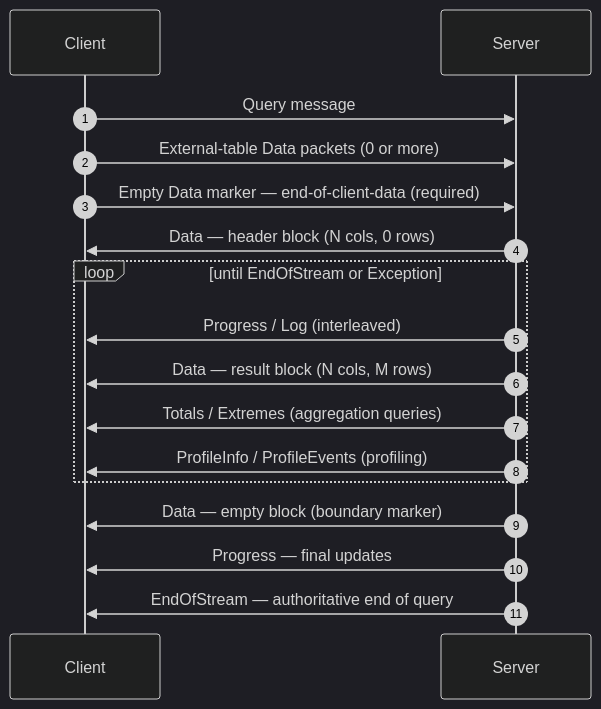
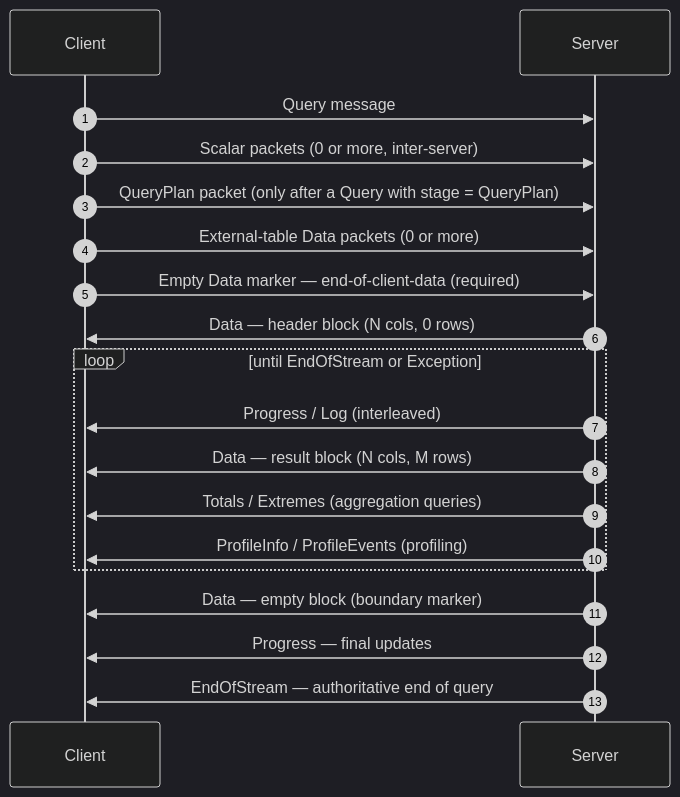
The fifth of 7 diagrams in docs/resources/develop-contribute/native-protocol/protocol.mdx (coderabbit-demo/clickhouse-demo), drawn with Mermaid (dark theme) before and after one commit. The commit also changed other lines of this file and 20674 other files, not shown here.

````diff
--- a/docs/resources/develop-contribute/native-protocol/protocol.mdx
+++ b/docs/resources/develop-contribute/native-protocol/protocol.mdx
@@ -323,20 +351,22 @@
 ```mermaid
 sequenceDiagram
     autonumber
     participant C as Client
     participant S as Server
 
     C->>S: Query message
+    C->>S: Scalar packets (0 or more, inter-server)
+    C->>S: QueryPlan packet (only after a Query with stage = QueryPlan)
     C->>S: External-table Data packets (0 or more)
     C->>S: Empty Data marker — end-of-client-data (required)
     S->>C: Data — header block (N cols, 0 rows)
     loop until EndOfStream or Exception
         S->>C: Progress / Log (interleaved)
         S->>C: Data — result block (N cols, M rows)
         S->>C: Totals / Extremes (aggregation queries)
         S->>C: ProfileInfo / ProfileEvents (profiling)
     end
     S->>C: Data — empty block (boundary marker)
     S->>C: Progress — final updates
     S->>C: EndOfStream — authoritative end of query
 ```
````
